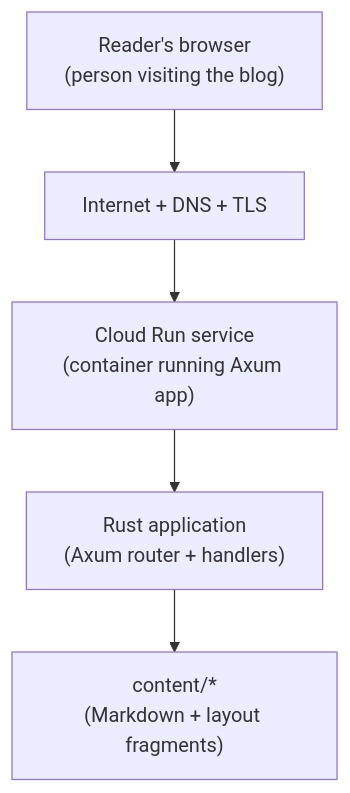
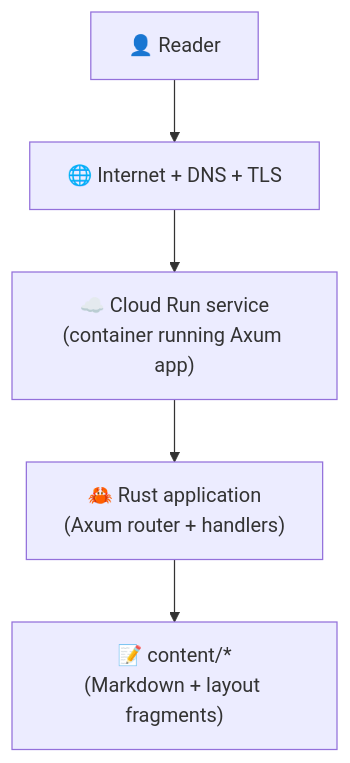
Before and after one commit to pasunboneleve/gcp-rust-blog-public: the first of 3 diagrams in content/posts/2026-03-02-how-this-blog-works.md, drawn with Mermaid. The commit also changed other lines of this file, not shown here.

Commit message:
content: add emojis to blog architecture post

````diff
--- a/content/posts/2026-03-02-how-this-blog-works.md
+++ b/content/posts/2026-03-02-how-this-blog-works.md
@@ -26,11 +26,11 @@
 ```mermaid
 flowchart TD
 
-  USER["Reader's browser<br/>(person visiting the blog)"]
-  INTERNET["Internet + DNS + TLS"]
-  CLOUDRUN["Cloud Run service<br/>(container running Axum app)"]
-  APP["Rust application<br/>(Axum router + handlers)"]
-  CONTENT["content/*<br/>(Markdown + layout fragments)"]
+  USER["👤 Reader"]
+  INTERNET["🌐 Internet + DNS + TLS"]
+  CLOUDRUN["☁️ Cloud Run service<br/>(container running Axum app)"]
+  APP["🦀 Rust application<br/>(Axum router + handlers)"]
+  CONTENT["📝 content/*<br/>(Markdown + layout fragments)"]
 
   USER --> INTERNET --> CLOUDRUN --> APP --> CONTENT
 ```
````
